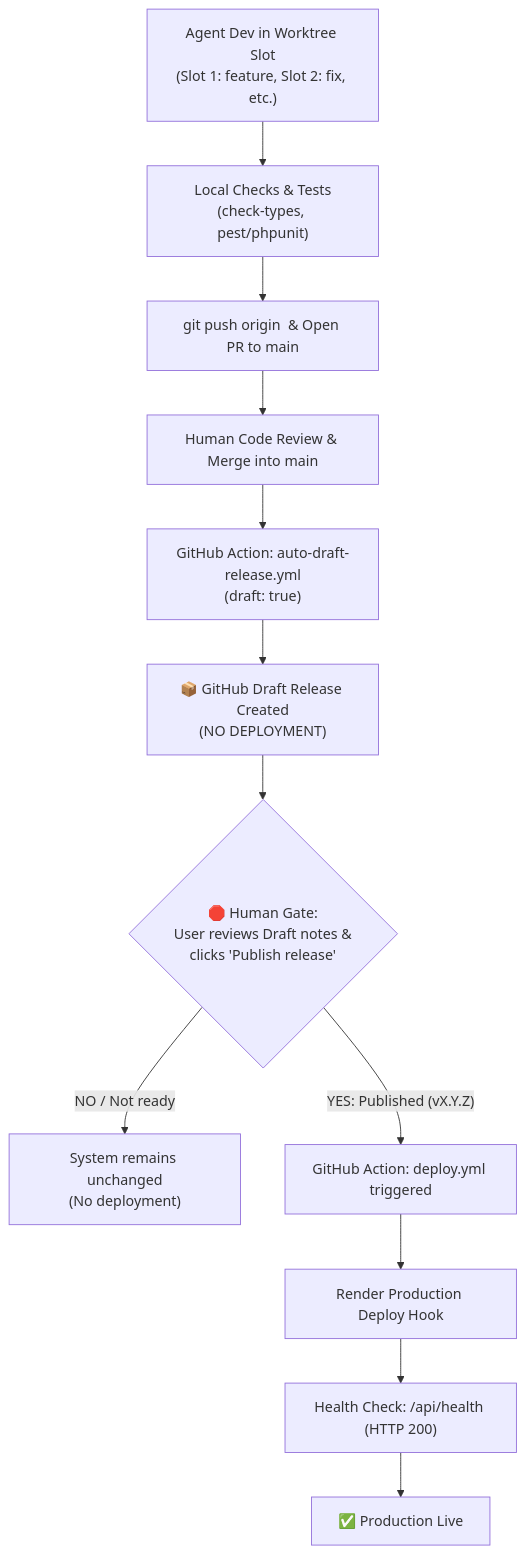
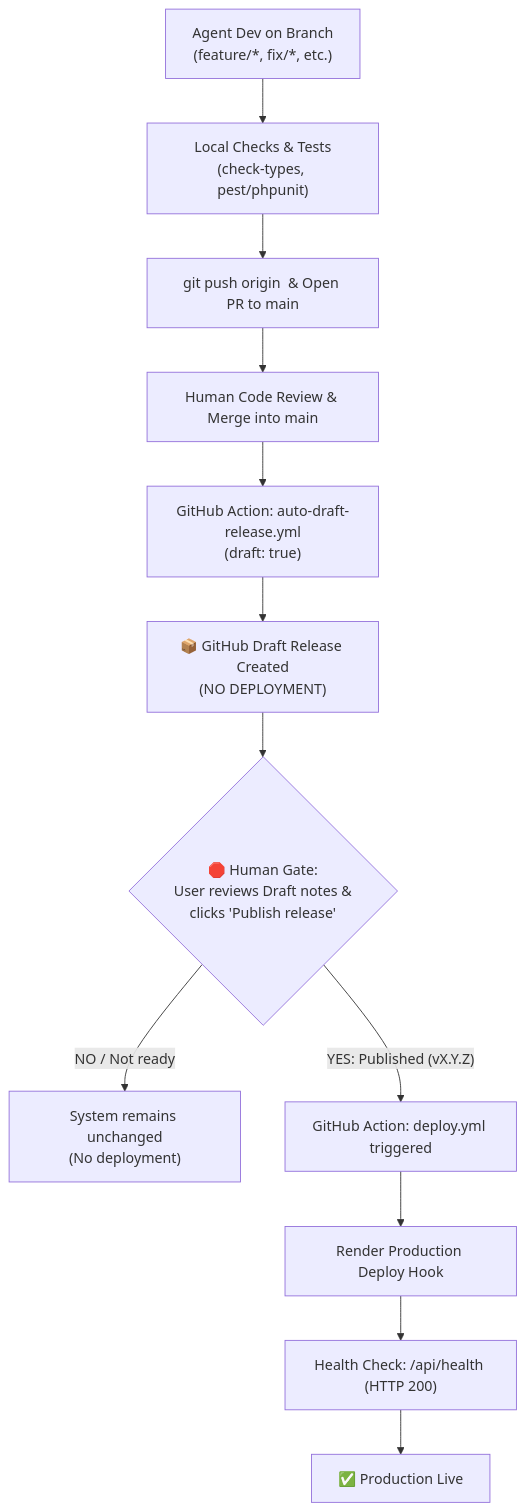
The diagram in AGENTS.md (NQuangHuyZ31/TIKTOK-CRAWLER-CMS), drawn with Mermaid before and after one commit. The commit also changed other lines of this file and 3 other files, not shown here.

Commit message:
chore(workflow): remove worktree mechanism in favor of direct branch workflow

````diff
--- a/AGENTS.md
+++ b/AGENTS.md
@@ -57,14 +55,14 @@
 ```mermaid
 flowchart TD
-    A["Agent Dev in Worktree Slot<br>(Slot 1: feature, Slot 2: fix, etc.)"] --> B["Local Checks & Tests<br>(check-types, pest/phpunit)"]
+    A["Agent Dev on Branch<br>(feature/*, fix/*, etc.)"] --> B["Local Checks & Tests<br>(check-types, pest/phpunit)"]
     B --> C["git push origin <branch> & Open PR to main"]
     C --> D["Human Code Review & Merge into main"]
     D --> E["GitHub Action: auto-draft-release.yml<br>(draft: true)"]
     E --> F["📦 GitHub Draft Release Created<br>(NO DEPLOYMENT)"]
     F --> G{"🛑 Human Gate:<br>User reviews Draft notes &<br>clicks 'Publish release'"}
     G -- "NO / Not ready" --> H["System remains unchanged<br>(No deployment)"]
     G -- "YES: Published (vX.Y.Z)" --> I["GitHub Action: deploy.yml triggered"]
     I --> J["Render Production Deploy Hook"]
     J --> K["Health Check: /api/health (HTTP 200)"]
     K --> L["✅ Production Live"]
 ```
````
